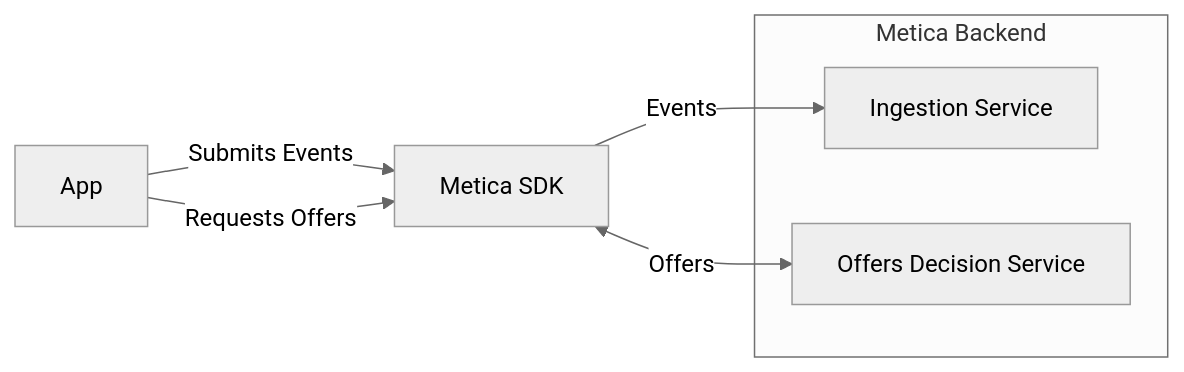
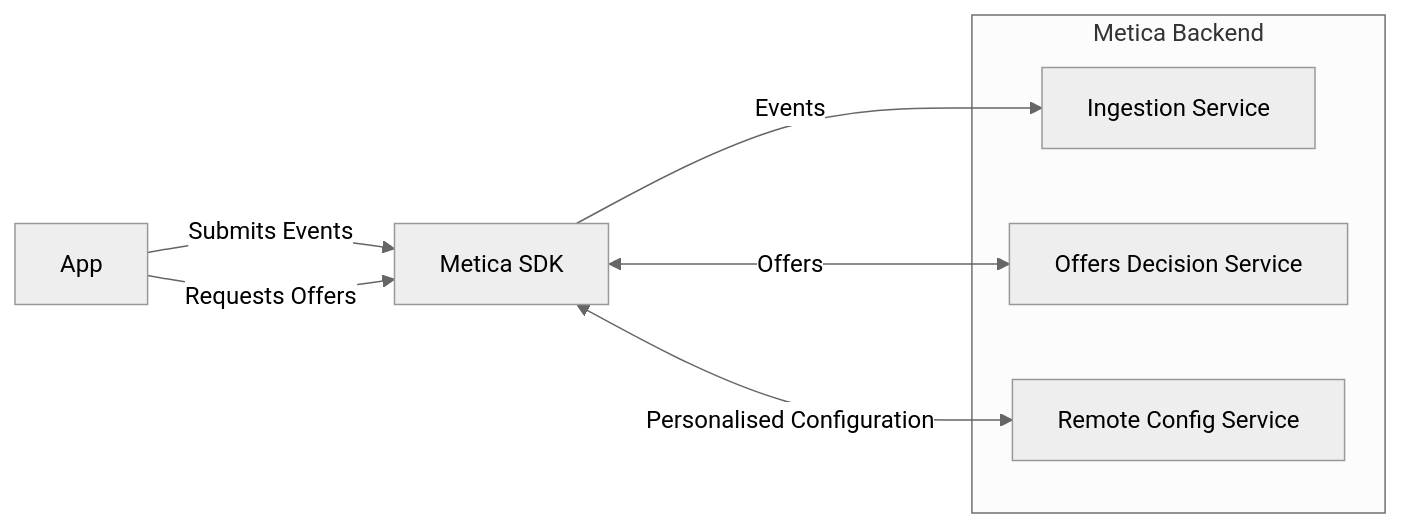
One commit to meticalabs/metica-unity-sdk changed the diagram in README.md. Above: the diagram before and after it, drawn with Mermaid (neutral theme). The commit also changed other lines of this file and 16 other files, not shown here.

Commit message:
feat(remote config): Adds an SDK operation for invoking the remote config service (MET-1604)

````diff
--- a/README.md
+++ b/README.md
@@ -13,10 +13,12 @@
 ```mermaid
 graph LR
-    App -- Submits Events --> SDK[Metica SDK] -- Events --> Ingestion[Ingestion Service]
+    App -- Submits Events --> SDK[Metica SDK] -- Events --> Ingestion
     App -- Requests Offers --> SDK
-    SDK <-- Offers --> ODS[Offers Decision Service]
+    SDK <-- Offers --> ODS
+    SDK <-- Personalised Configuration --> RemoteConfig
     subgraph Metica Backend
         Ingestion[Ingestion Service]
         ODS[Offers Decision Service]
+        RemoteConfig[Remote Config Service]
     end
 ```
````
